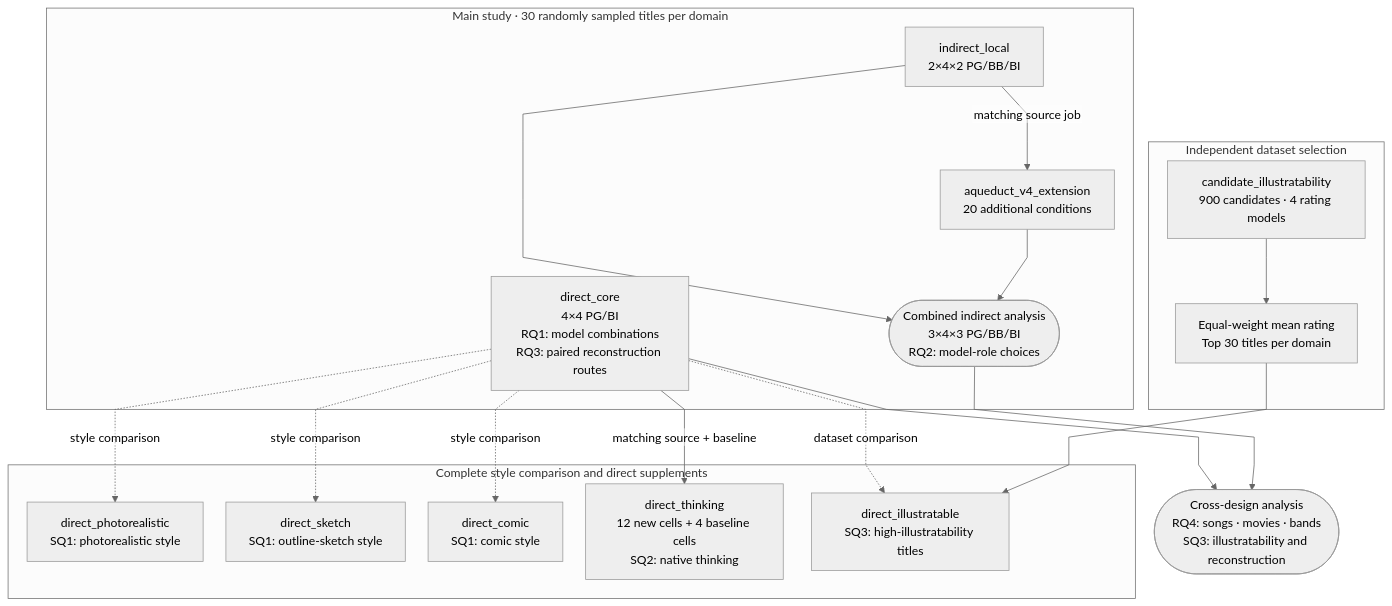
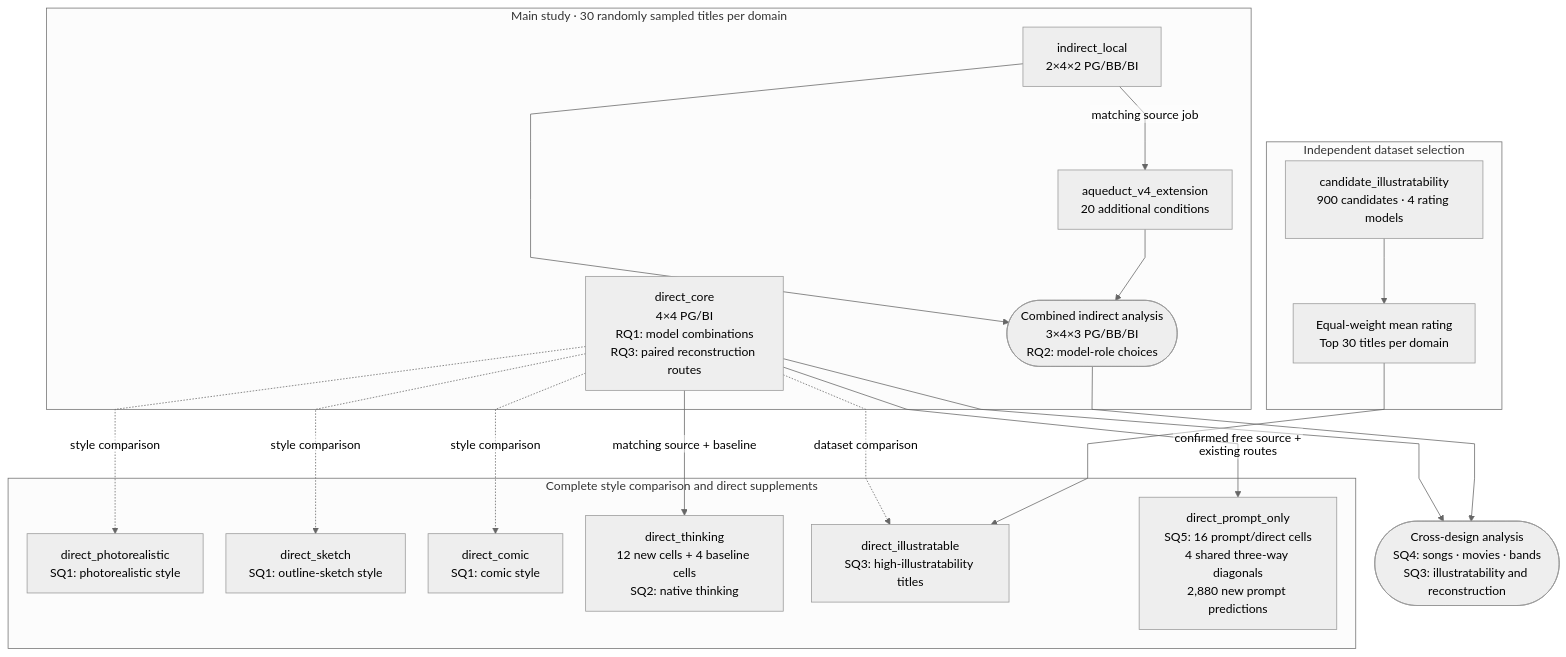
Before and after one commit to Michaelelelel/semantic_roundtrip: the diagram in diagrams/study_jobs.mmd, drawn with Mermaid. The commit also changed 223 other files, not shown here.

```diff
--- a/diagrams/study_jobs.mmd
+++ b/diagrams/study_jobs.mmd
@@ -1,46 +1,48 @@
 ---
 config:
   theme: neutral
   fontFamily: Arial, sans-serif
   flowchart:
     curve: linear
     nodeSpacing: 30
     rankSpacing: 50
     htmlLabels: false
   themeVariables:
     fontFamily: Arial, sans-serif
 ---
 flowchart TB
     %% Edit in any Mermaid editor; render to SVG before using it outside Markdown.
     subgraph MAIN["Main study · 30 randomly sampled titles per domain"]
         DIRECT["direct_core<br/>4×4 PG/BI<br/>RQ1: model combinations<br/>RQ3: paired reconstruction routes"]
         LOCAL["indirect_local<br/>2×4×2 PG/BB/BI"]
         AQUEDUCT["aqueduct_v4_extension<br/>20 additional conditions"]
         INDIRECT(["Combined indirect analysis<br/>3×4×3 PG/BB/BI<br/>RQ2: model-role choices"])
     end
 
     subgraph SUPPLEMENTS["Complete style comparison and direct supplements"]
         PHOTO["direct_photorealistic<br/>SQ1: photorealistic style"]
         SKETCH["direct_sketch<br/>SQ1: outline-sketch style"]
         COMIC["direct_comic<br/>SQ1: comic style"]
         THINKING["direct_thinking<br/>12 new cells + 4 baseline cells<br/>SQ2: native thinking"]
         SELECTED["direct_illustratable<br/>SQ3: high-illustratability titles"]
+        PROMPT["direct_prompt_only<br/>SQ5: 16 prompt/direct cells<br/>4 shared three-way diagonals<br/>2,880 new prompt predictions"]
     end
 
     subgraph SELECTION["Independent dataset selection"]
         RATINGS["candidate_illustratability<br/>900 candidates · 4 rating models"]
         DATASET["Equal-weight mean rating<br/>Top 30 titles per domain"]
     end
 
     LOCAL -->|matching source job| AQUEDUCT
     LOCAL --> INDIRECT
     AQUEDUCT --> INDIRECT
     RATINGS --> DATASET
     DIRECT -. style comparison .-> PHOTO
     DIRECT -. style comparison .-> SKETCH
     DIRECT -. style comparison .-> COMIC
     DIRECT -->|matching source + baseline| THINKING
+    DIRECT -->|confirmed free source + existing routes| PROMPT
     DIRECT -. dataset comparison .-> SELECTED
     DATASET --> SELECTED
-    DIRECT --> CROSS(["Cross-design analysis<br/>RQ4: songs · movies · bands<br/>SQ3: illustratability and reconstruction"])
+    DIRECT --> CROSS(["Cross-design analysis<br/>SQ4: songs · movies · bands<br/>SQ3: illustratability and reconstruction"])
     INDIRECT --> CROSS
```
